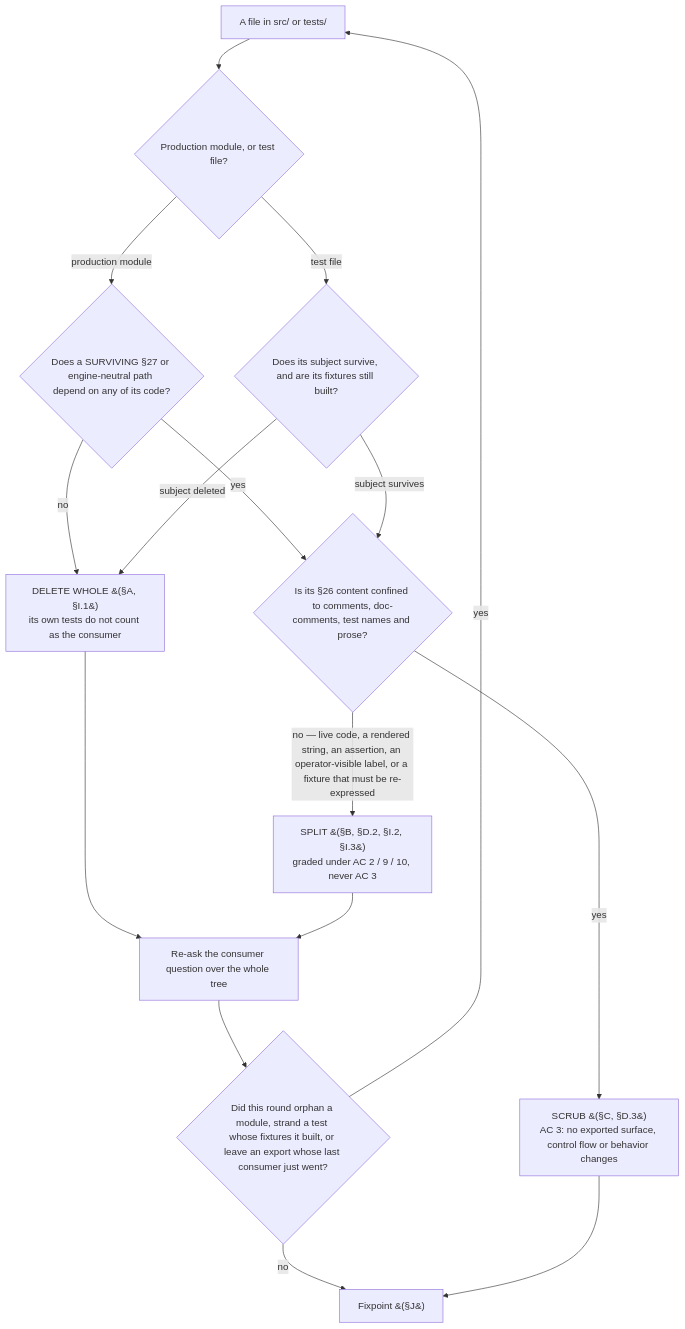
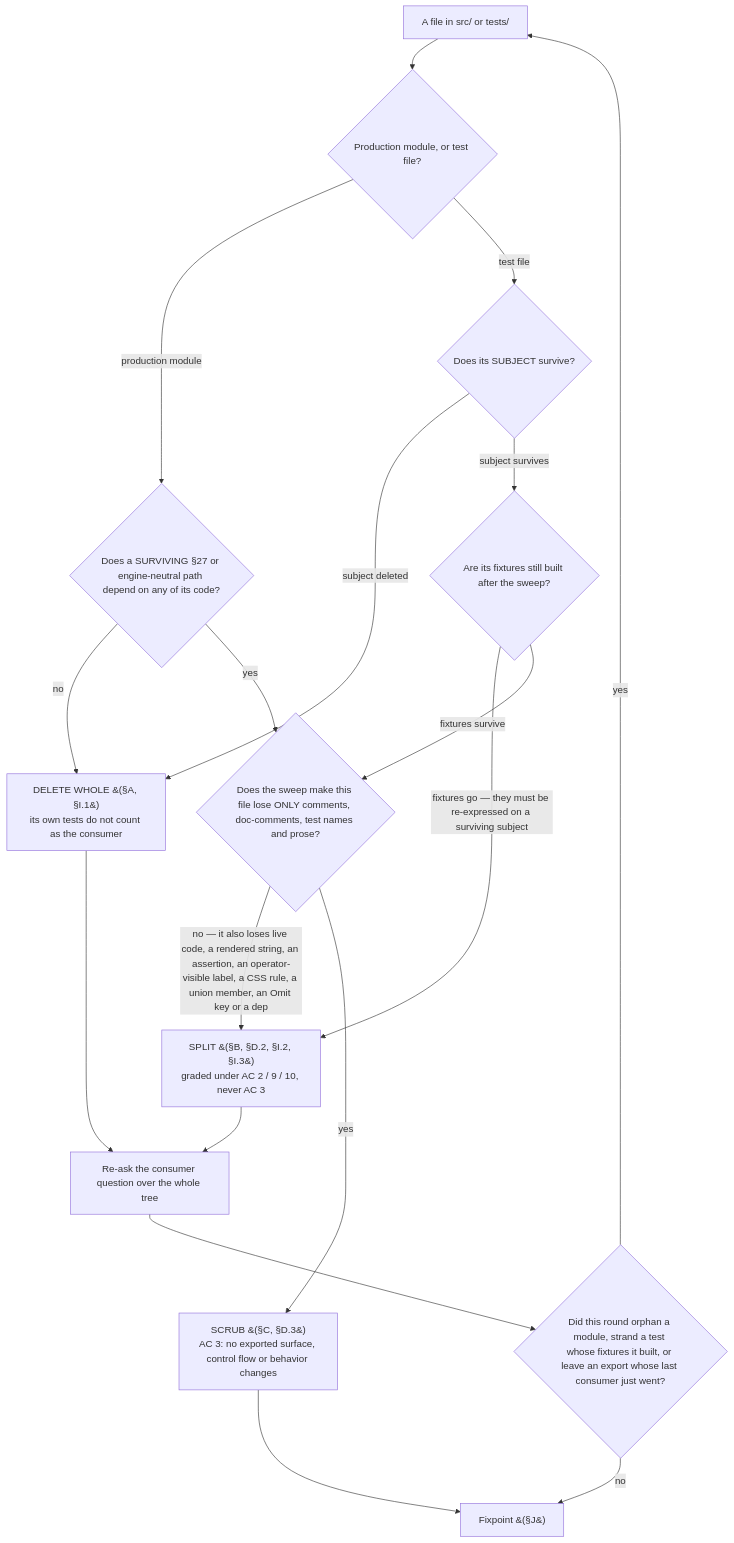
One commit to dylanb/agent-terminal changed the diagram in docs/n8-deletion-list.md. Above: the diagram before and after it, drawn with Mermaid. The commit also changed other lines of this file, not shown here.

````diff
--- a/docs/n8-deletion-list.md
+++ b/docs/n8-deletion-list.md
@@ -93,18 +110,20 @@
 ```mermaid
 flowchart TD
   F["A file in src/ or tests/"] --> K{"Production module, or test file?"}
   K -->|"production module"| Q1{"Does a SURVIVING §27 or engine-neutral path depend on any of its code?"}
-  K -->|"test file"| QT{"Does its subject survive, and are its fixtures still built?"}
+  K -->|"test file"| QT{"Does its SUBJECT survive?"}
   Q1 -->|"no"| DW["DELETE WHOLE &#40;§A, §I.1&#41;<br/>its own tests do not count as the consumer"]
   QT -->|"subject deleted"| DW
-  Q1 -->|"yes"| Q2{"Is its §26 content confined to comments, doc-comments, test names and prose?"}
-  QT -->|"subject survives"| Q2
-  Q2 -->|"no — live code, a rendered string, an assertion, an operator-visible label, or a fixture that must be re-expressed"| SP["SPLIT &#40;§B, §D.2, §I.2, §I.3&#41;<br/>graded under AC 2 / 9 / 10, never AC 3"]
+  QT -->|"subject survives"| QF{"Are its fixtures still built after the sweep?"}
+  QF -->|"fixtures go — they must be re-expressed on a surviving subject"| SP
+  QF -->|"fixtures survive"| Q2
+  Q1 -->|"yes"| Q2{"Does the sweep make this file lose ONLY comments, doc-comments, test names and prose?"}
+  Q2 -->|"no — it also loses live code, a rendered string, an assertion, an operator-visible label, a CSS rule, a union member, an Omit key or a dep"| SP["SPLIT &#40;§B, §D.2, §I.2, §I.3&#41;<br/>graded under AC 2 / 9 / 10, never AC 3"]
   Q2 -->|"yes"| SC["SCRUB &#40;§C, §D.3&#41;<br/>AC 3: no exported surface, control flow or behavior changes"]
   DW --> FIX["Re-ask the consumer question over the whole tree"]
   SP --> FIX
   FIX --> Q3{"Did this round orphan a module, strand a test whose fixtures it built, or leave an export whose last consumer just went?"}
   Q3 -->|"yes"| F
   Q3 -->|"no"| DONE["Fixpoint &#40;§J&#41;"]
   SC --> DONE
 ```
````
